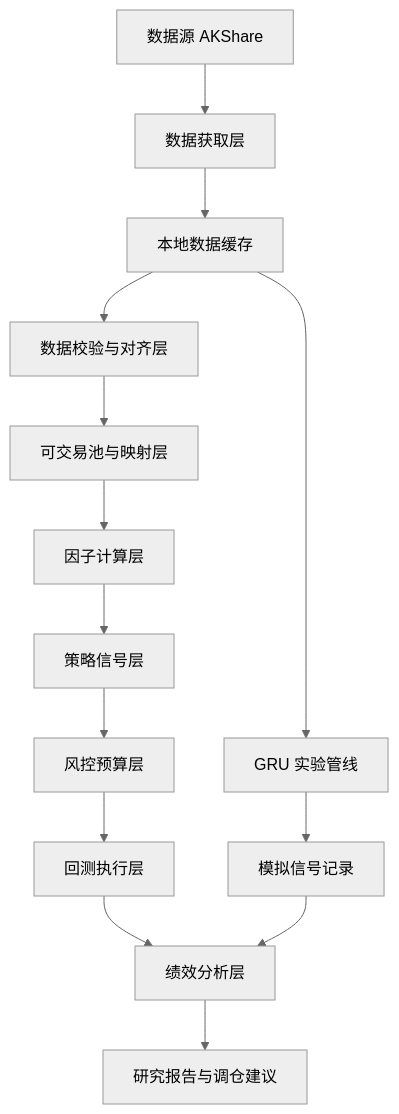
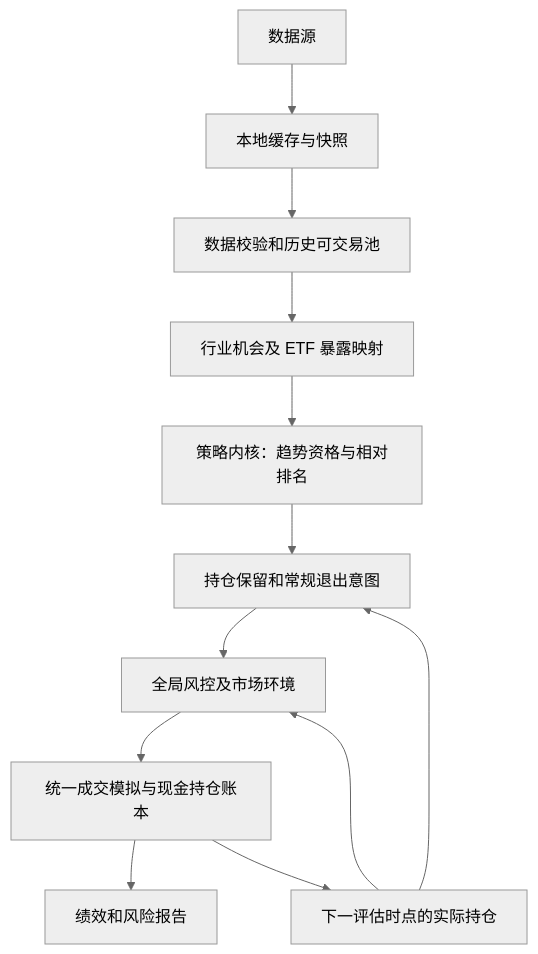
The diagram in docs/planning-artifacts/architecture.md (georgepeng90/quanto), drawn with Mermaid (neutral theme) before and after one commit. The commit also changed other lines of this file and 7 other files, not shown here.

````diff
--- a/docs/planning-artifacts/architecture.md
+++ b/docs/planning-artifacts/architecture.md
@@ -36,17 +24,14 @@
 ```mermaid
 flowchart TD
-    A["数据源 AKShare"] --> B["数据获取层"]
-    B --> C["本地数据缓存"]
-    C --> D["数据校验与对齐层"]
-    D --> E["可交易池与映射层"]
-    E --> F["因子计算层"]
-    F --> G["策略信号层"]
-    G --> H["风控预算层"]
-    H --> I["回测执行层"]
-    I --> J["绩效分析层"]
-    J --> K["研究报告与调仓建议"]
-
-    C --> L["GRU 实验管线"]
-    L --> M["模拟信号记录"]
-    M --> J
+    A["数据源"] --> B["本地缓存与快照"]
+    B --> C["数据校验和历史可交易池"]
+    C --> D["行业机会及 ETF 暴露映射"]
+    D --> E["策略内核：趋势资格与相对排名"]
+    E --> F["持仓保留和常规退出意图"]
+    F --> G["全局风控及市场环境"]
+    G --> H["统一成交模拟与现金持仓账本"]
+    H --> I["绩效和风险报告"]
+    H --> J["下一评估时点的实际持仓"]
+    J --> F
+    J --> G
 ```
````
